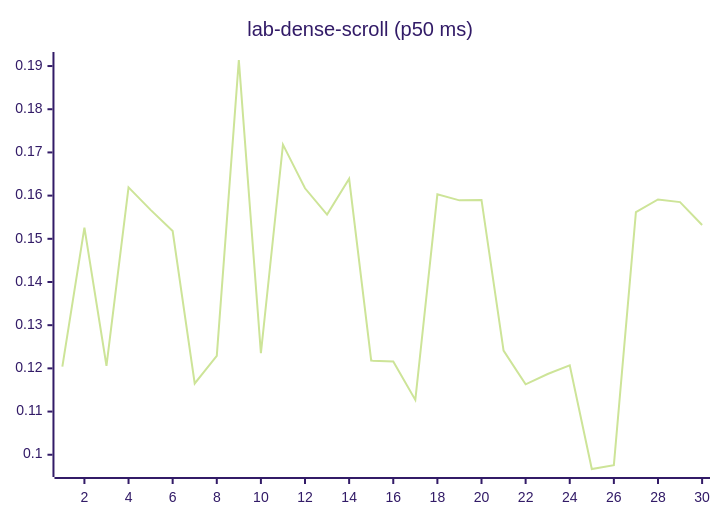
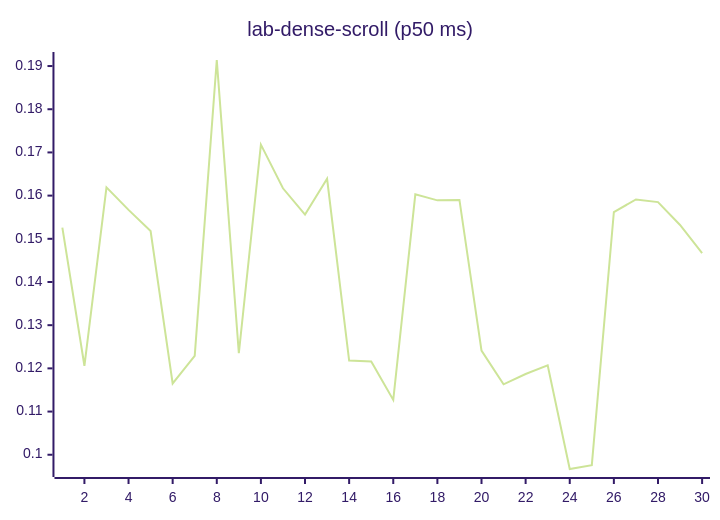
Diagram 12 of 27 in README.md (josha/Facet), drawn with Mermaid (forest theme) before and after one commit. The commit also changed other lines of this file and 2 other files, not shown here.

````diff
--- a/README.md
+++ b/README.md
@@ -140,6 +140,6 @@
 ```mermaid
 xychart-beta
     title "lab-dense-scroll (p50 ms)"
     x-axis 1 --> 30
-    line [0.1204, 0.1526, 0.1206, 0.1619, 0.1567, 0.1518, 0.1165, 0.1229, 0.1914, 0.1235, 0.1718, 0.1617, 0.1556, 0.1639, 0.1218, 0.1216, 0.1127, 0.1603, 0.1589, 0.1590, 0.1241, 0.1163, 0.1187, 0.1207, 0.0967, 0.0976, 0.1562, 0.1591, 0.1585, 0.1532]
+    line [0.1526, 0.1206, 0.1619, 0.1567, 0.1518, 0.1165, 0.1229, 0.1914, 0.1235, 0.1718, 0.1617, 0.1556, 0.1639, 0.1218, 0.1216, 0.1127, 0.1603, 0.1589, 0.1590, 0.1241, 0.1163, 0.1187, 0.1207, 0.0967, 0.0976, 0.1562, 0.1591, 0.1585, 0.1532, 0.1467]
 ```
````
